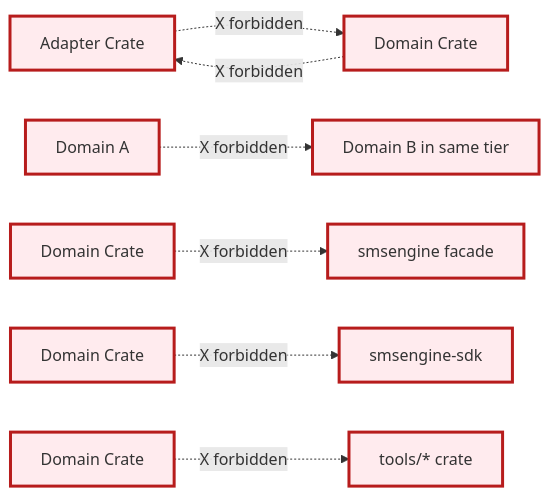
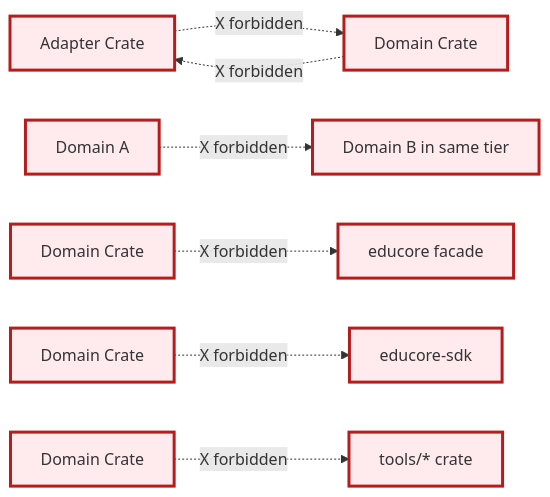
One commit to beznet22/educore changed the second of 3 diagrams in docs/diagrams/dependency-map.md. Above: the diagram before and after it, drawn with Mermaid. The commit also changed other lines of this file and 199 other files, not shown here.

````diff
--- a/docs/diagrams/dependency-map.md
+++ b/docs/diagrams/dependency-map.md
@@ -186,12 +186,12 @@
 ```mermaid
 graph LR
     Adapter[Adapter Crate] -.X forbidden.-> Domain[Domain Crate]
     Domain -.X forbidden.-> Adapter
     DomainA[Domain A] -.X forbidden.-> DomainB[Domain B in same tier]
-    DomainAny[Domain Crate] -.X forbidden.-> Umbrella[smsengine facade]
-    DomainAny2[Domain Crate] -.X forbidden.-> Sdk[smsengine-sdk]
+    DomainAny[Domain Crate] -.X forbidden.-> Umbrella[educore facade]
+    DomainAny2[Domain Crate] -.X forbidden.-> Sdk[educore-sdk]
     DomainAny3[Domain Crate] -.X forbidden.-> Tool[tools/* crate]
 
     classDef forbidden stroke:#b71c1c,stroke-width:3px,fill:#ffebee
     class Adapter,Domain,DomainA,DomainB,DomainAny,DomainAny2,DomainAny3,Umbrella,Sdk,Tool forbidden
 ```
````
